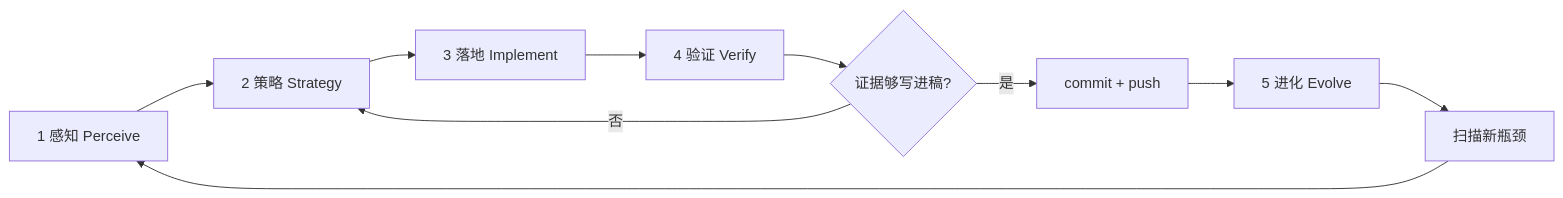
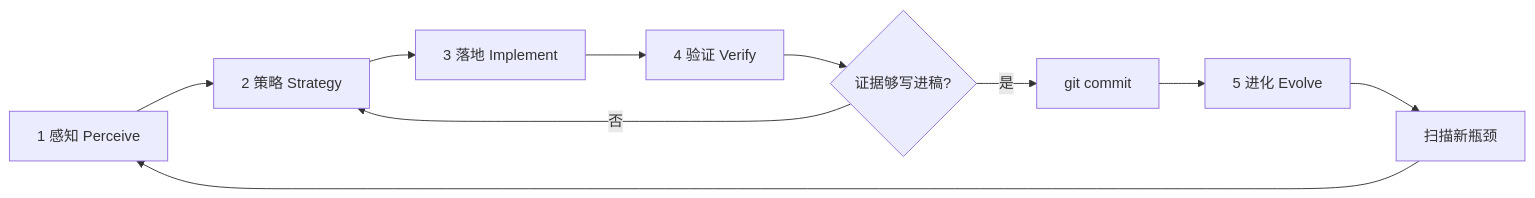
The third of 3 diagrams in AGENTS.md (chenxingqiang/sci-simukit), drawn with Mermaid before and after one commit. The commit also changed other lines of this file and 3 other files, not shown here.

````diff
--- a/AGENTS.md
+++ b/AGENTS.md
@@ -371,12 +384,12 @@
 ```mermaid
 flowchart LR
   P[1 感知 Perceive] --> S[2 策略 Strategy]
   S --> I[3 落地 Implement]
   I --> V[4 验证 Verify]
   V --> M{证据够写进稿?}
   M -->|否| S
-  M -->|是| PR[commit + push]
+  M -->|是| PR[git commit]
   PR --> E[5 进化 Evolve]
   E --> N[扫描新瓶颈]
   N --> P
 ```
````
